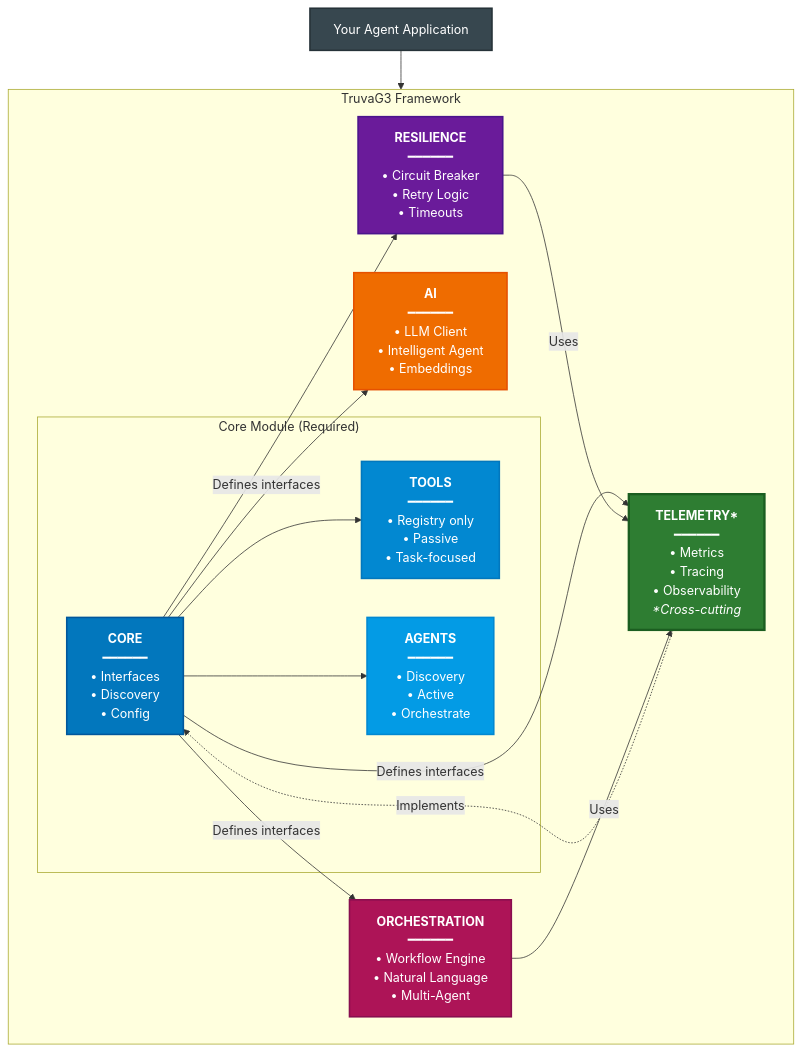
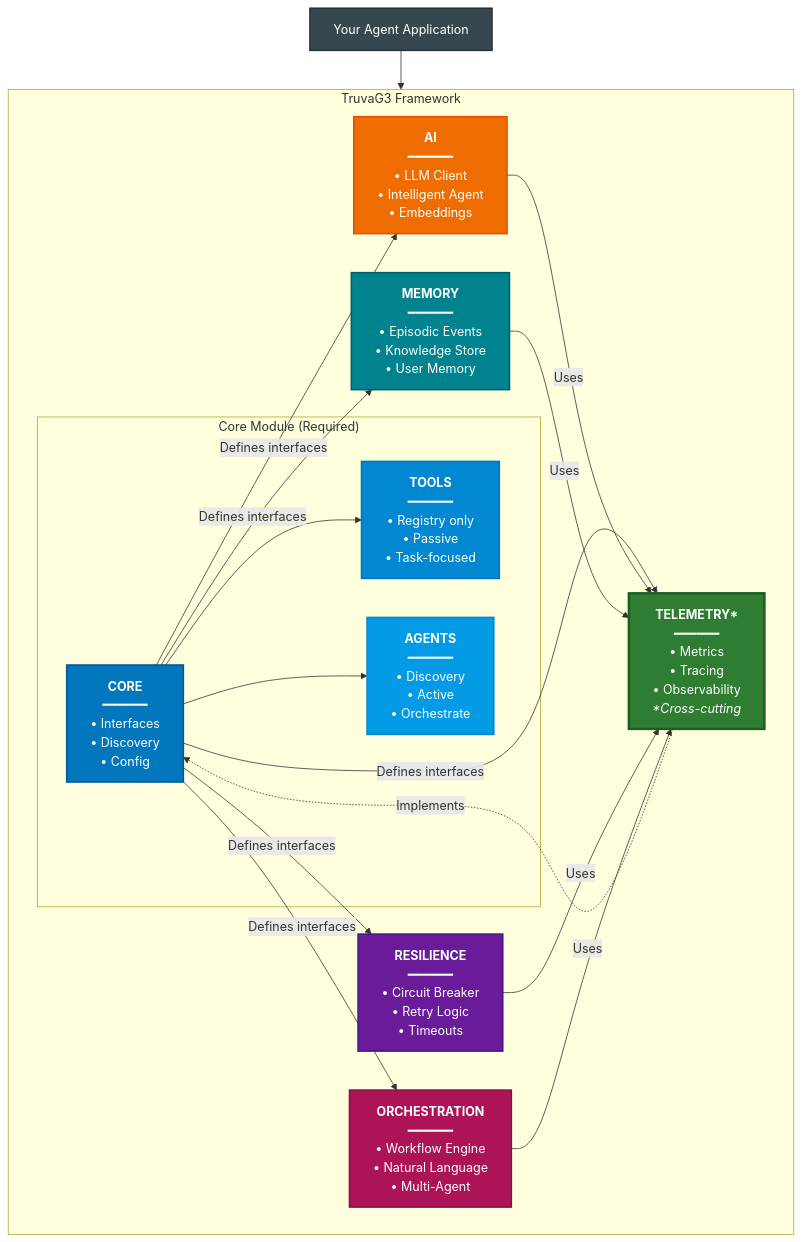
Before and after one commit to truvaagents/truva-g3: the second of 2 diagrams in README.md, drawn with Mermaid. The commit also changed other lines of this file, not shown here.

First line of the commit message:
docs(readme): clarify pluggability, drop UI/workflows, add memory module

````diff
--- a/README.md
+++ b/README.md
@@ -684,43 +683,49 @@
 ```mermaid
 graph TD
     App["Your Agent Application"]
 
     App --> Framework
 
     subgraph Framework["TruvaG3 Framework"]
         subgraph CoreLayer["Core Module (Required)"]
             Core["<b>CORE</b><br/>━━━━━━<br/>• Interfaces<br/>• Discovery<br/>• Config"]
             Tools["<b>TOOLS</b><br/>━━━━━━<br/>• Registry only<br/>• Passive<br/>• Task-focused"]
             Agents["<b>AGENTS</b><br/>━━━━━━<br/>• Discovery<br/>• Active<br/>• Orchestrate"]
 
             Core --> Tools
             Core --> Agents
         end
 
         AI["<b>AI</b><br/>━━━━━━<br/>• LLM Client<br/>• Intelligent Agent<br/>• Embeddings"]
 
+        Memory["<b>MEMORY</b><br/>━━━━━━<br/>• Episodic Events<br/>• Knowledge Store<br/>• User Memory"]
+
         Resilience["<b>RESILIENCE</b><br/>━━━━━━<br/>• Circuit Breaker<br/>• Retry Logic<br/>• Timeouts"]
 
         Telemetry["<b>TELEMETRY*</b><br/>━━━━━━<br/>• Metrics<br/>• Tracing<br/>• Observability<br/><i>*Cross-cutting</i>"]
 
         Orchestration["<b>ORCHESTRATION</b><br/>━━━━━━<br/>• Workflow Engine<br/>• Natural Language<br/>• Multi-Agent"]
 
         Core -->|Defines interfaces| AI
-        Core -->|  | Resilience
+        Core -->|Defines interfaces| Memory
+        Core -->|Defines interfaces| Resilience
         Core -->|Defines interfaces| Telemetry
         Core -->|Defines interfaces| Orchestration
 
         Telemetry -.->|Implements| Core
+        AI -->|Uses| Telemetry
+        Memory -->|Uses| Telemetry
         Resilience -->|Uses| Telemetry
         Orchestration -->|Uses| Telemetry
     end
 
     style Core fill:#0277bd,stroke:#01579b,stroke-width:2px,color:#fff
     style Tools fill:#0288d1,stroke:#0277bd,stroke-width:2px,color:#fff
     style Agents fill:#039be5,stroke:#0288d1,stroke-width:2px,color:#fff
     style AI fill:#ef6c00,stroke:#e65100,stroke-width:2px,color:#fff
+    style Memory fill:#00838f,stroke:#006064,stroke-width:2px,color:#fff
     style Resilience fill:#6a1b9a,stroke:#4a148c,stroke-width:2px,color:#fff
     style Telemetry fill:#2e7d32,stroke:#1b5e20,stroke-width:3px,color:#fff
     style Orchestration fill:#ad1457,stroke:#880e4f,stroke-width:2px,color:#fff
     style App fill:#37474f,stroke:#263238,stroke-width:2px,color:#fff
 ```
````
